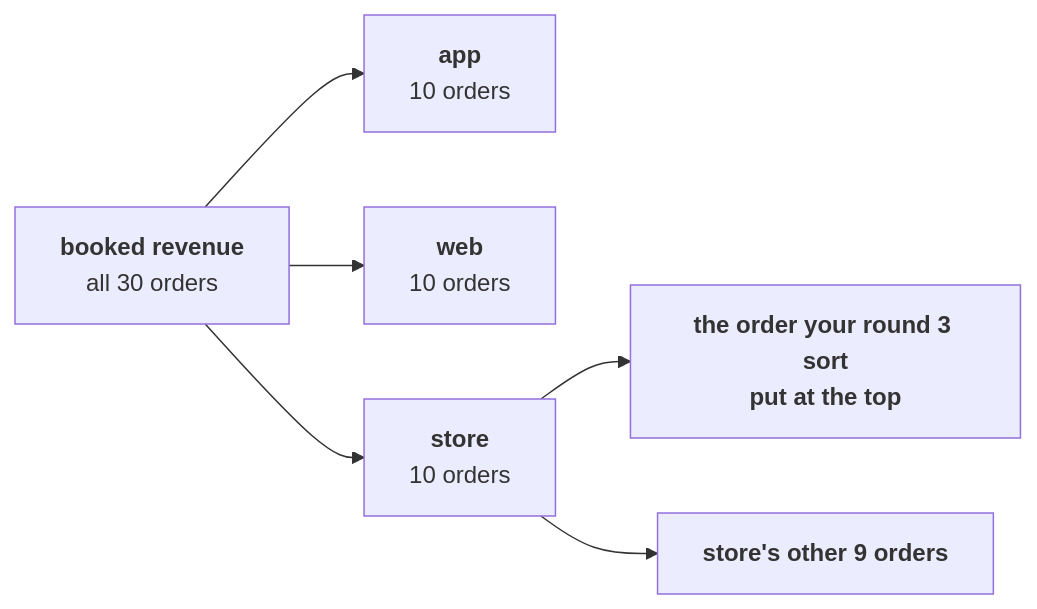
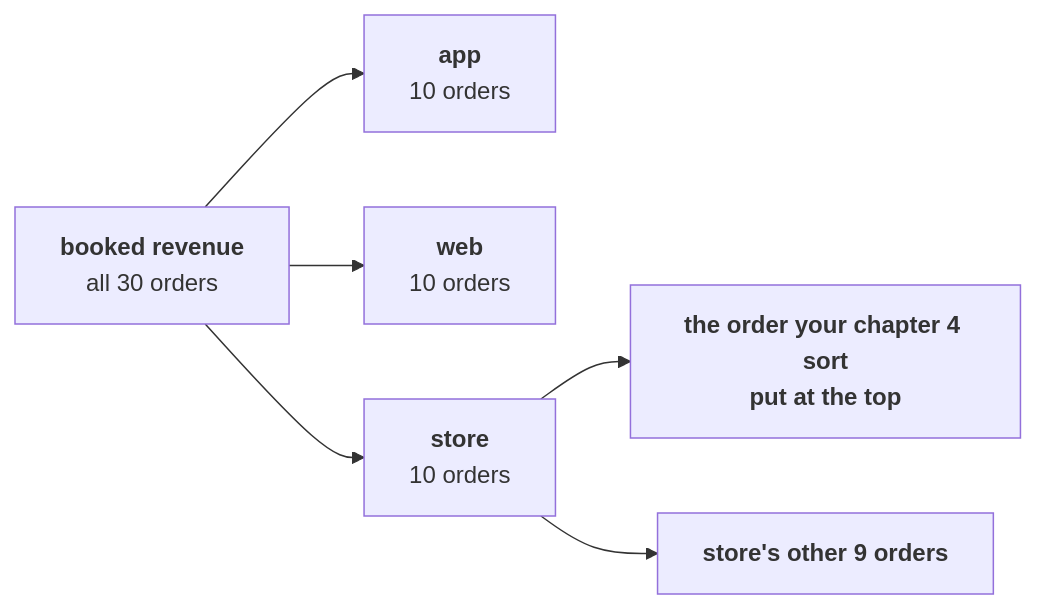
One commit to fde-academy-lab/c2-content-factory changed the diagram in content/W01/D1/exercises/unguided/C2_W01_D01_second_case_STUDENT.md. Above: the diagram before and after it, drawn with Mermaid. The commit also changed other lines of this file and 21 other files, not shown here.

````diff
--- a/content/W01/D1/exercises/unguided/C2_W01_D01_second_case_STUDENT.md
+++ b/content/W01/D1/exercises/unguided/C2_W01_D01_second_case_STUDENT.md
@@ -20,8 +20,8 @@
 ```mermaid
 flowchart LR
     R["<b>booked revenue</b><br/>all 30 orders"] --> A["<b>app</b><br/>10 orders"]
     R --> W["<b>web</b><br/>10 orders"]
     R --> S["<b>store</b><br/>10 orders"]
-    S --> T["<b>the order your round 3 sort<br/>put at the top</b>"]
+    S --> T["<b>the order your chapter 4 sort<br/>put at the top</b>"]
     S --> N["<b>store's other 9 orders</b>"]
 ```
````
